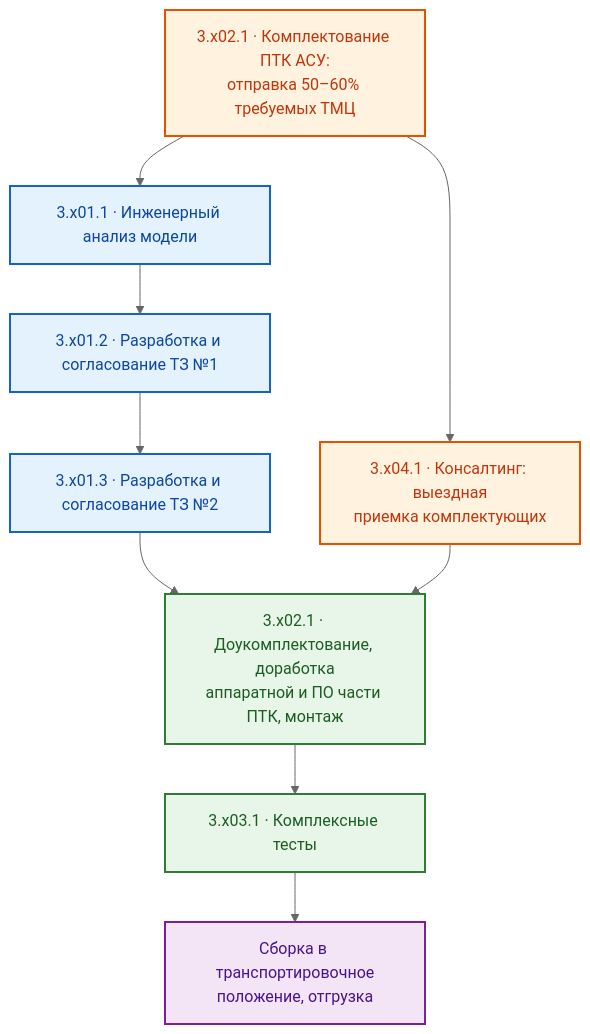
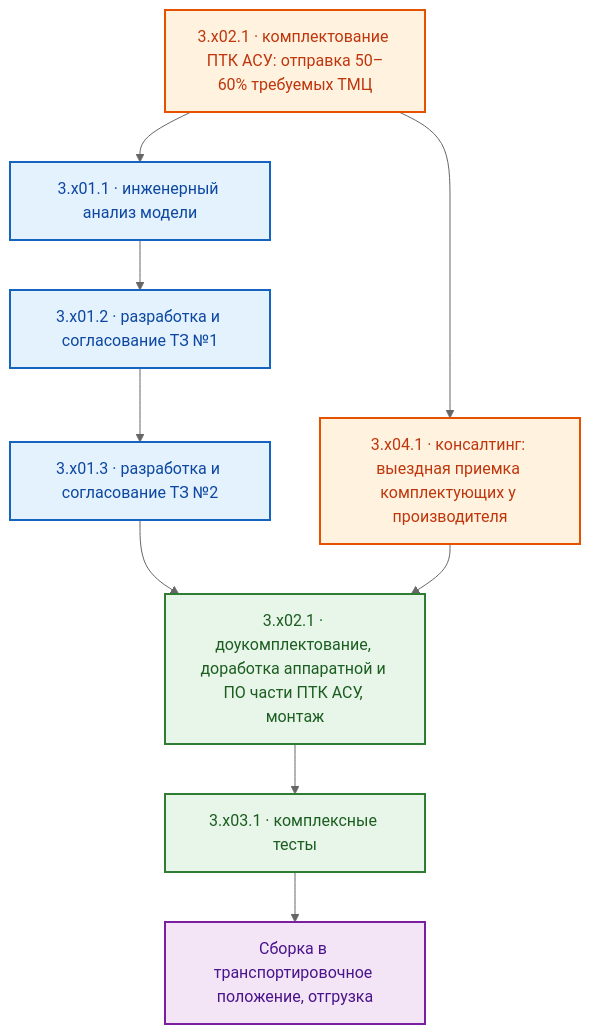
Before and after one commit to Konkery/Project-8_2026-N0-HORIZON: the third of 3 diagrams in 04__Договор/pre-contract-negotiations.md, drawn with Mermaid (neutral theme). The commit also changed other lines of this file and 1 other file, not shown here.

First line of the commit message:
fix(report): откат mermaid 7.3 к рендерящейся версии, починка блока Назначение, журнал 4.7

````diff
--- a/04__Договор/pre-contract-negotiations.md
+++ b/04__Договор/pre-contract-negotiations.md
@@ -414,17 +414,17 @@
 ```mermaid
 flowchart TD
     classDef storage fill:#E3F2FD,stroke:#1565C0,stroke-width:2px,color:#0D47A1;
     classDef engine  fill:#FFF3E0,stroke:#E65100,stroke-width:2px,color:#BF360C;
     classDef lib     fill:#E8F5E9,stroke:#2E7D32,stroke-width:2px,color:#1B5E20;
     classDef output  fill:#F3E5F5,stroke:#7B1FA2,stroke-width:2px,color:#4A148C;
 
-    A["3.x02.1 · Комплектование ПТК АСУ:<br/>отправка 50–60% требуемых ТМЦ"]:::engine --> B
-    A --> K["3.x04.1 · Консалтинг: выездная<br/>приемка комплектующих"]:::engine
-    B["3.x01.1 · Инженерный анализ модели"]:::storage --> C
-    C["3.x01.2 · Разработка и согласование ТЗ №1"]:::storage --> D
-    D["3.x01.3 · Разработка и согласование ТЗ №2"]:::storage --> E
+    A[3.x02.1 · комплектование ПТК АСУ: отправка 50–60% требуемых ТМЦ]:::engine --> B
+    A --> K[3.x04.1 · консалтинг: выездная приемка комплектующих у производителя]:::engine
+    B[3.x01.1 · инженерный анализ модели]:::storage --> C
+    C[3.x01.2 · разработка и согласование ТЗ №1]:::storage --> D
+    D[3.x01.3 · разработка и согласование ТЗ №2]:::storage --> E
     K --> E
-    E["3.x02.1 · Доукомплектование, доработка<br/>аппаратной и ПО части ПТК, монтаж"]:::lib --> F
-    F["3.x03.1 · Комплексные тесты"]:::lib --> G
-    G["Сборка в транспортировочное<br/>положение, отгрузка"]:::output
+    E[3.x02.1 · доукомплектование, доработка аппаратной и ПО части ПТК АСУ, монтаж]:::lib --> F
+    F[3.x03.1 · комплексные тесты]:::lib --> G
+    G[Сборка в транспортировочное положение, отгрузка]:::output
 ```
````
